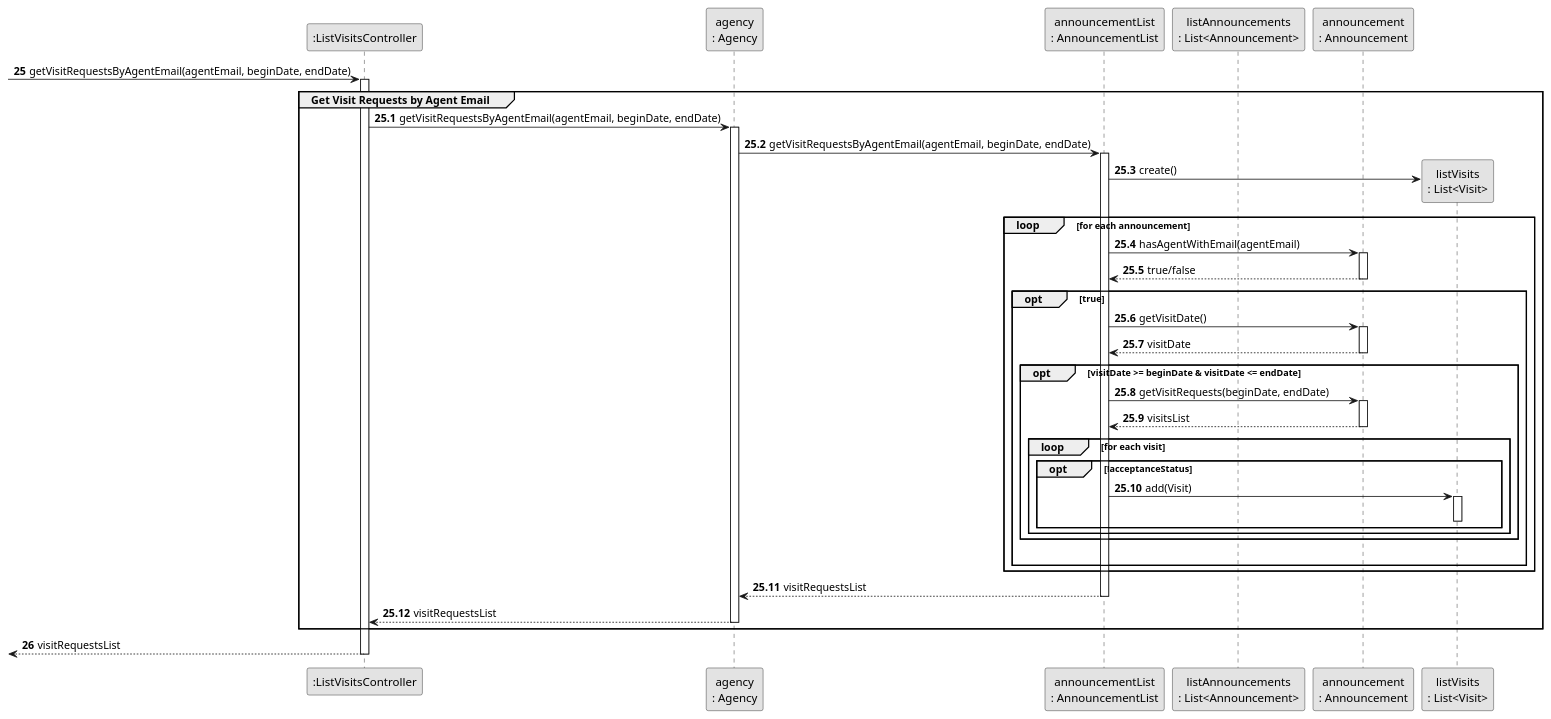
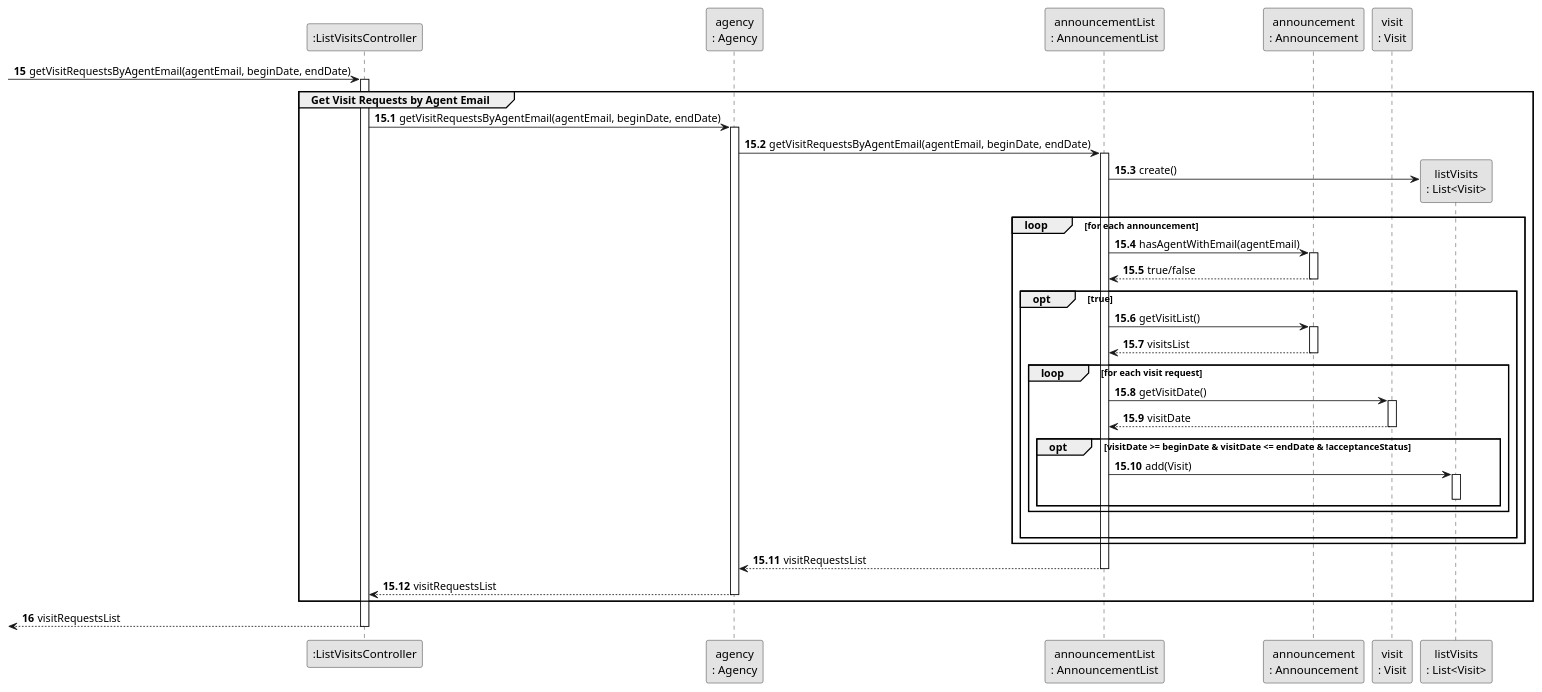
The diagram in docs/sprintD/us015/03.design/puml/us015-sequence-diagram-partial-get-visit-requests-by-agent-email.puml (rita-barbosa/LAPR2-2223), drawn with PlantUML before and after one commit. The commit also changed 9 other files, not shown here.

Commit message:
Update Sequence Diagram (all) & Class Diagram + SVG's [US015][Design]

```diff
--- a/docs/sprintD/us015/03.design/puml/us015-sequence-diagram-partial-get-visit-requests-by-agent-email.puml
+++ b/docs/sprintD/us015/03.design/puml/us015-sequence-diagram-partial-get-visit-requests-by-agent-email.puml
@@ -1,84 +1,83 @@
 @startuml
 skinparam monochrome true
 skinparam packageStyle rectangle
 skinparam shadowing false
 
 autonumber
 
 
 participant ":ListVisitsController" as CTRL
 participant "agency\n: Agency" as AGENCY
 participant "announcementList\n: AnnouncementList" as AnnList
-participant "listAnnouncements\n: List<Announcement>" as AnnounceList
 participant "announcement\n: Announcement" as Announce
+participant "visit\n: Visit" as Visit
 participant "listVisits\n: List<Visit>" as VisitList
 
-autonumber 25
+autonumber 15
 
  -> CTRL : getVisitRequestsByAgentEmail(agentEmail, beginDate, endDate)
-autonumber 25.1
+autonumber 15.1
 activate CTRL
     group Get Visit Requests by Agent Email
 
 
             CTRL -> AGENCY: getVisitRequestsByAgentEmail(agentEmail, beginDate, endDate)
                     activate AGENCY
 
 
                     AGENCY -> AnnList : getVisitRequestsByAgentEmail(agentEmail, beginDate, endDate)
                          activate AnnList
 
                          AnnList -> VisitList**: create()
 
 
                          loop for each announcement
-                         AnnList -> Announce : hasAgentWithEmail(agentEmail)
-                         activate Announce
+                          AnnList -> Announce : hasAgentWithEmail(agentEmail)
+                          activate Announce
 
-                         Announce --> AnnList : true/false
-                         deactivate Announce
+                          Announce --> AnnList : true/false
+                          deactivate Announce
 
-                             opt true
-                             AnnList -> Announce : getVisitDate()
-                             activate Announce
+                              opt true
+                              AnnList -> Announce : getVisitList()
+                              activate Announce
 
-                             Announce --> AnnList : visitDate
-                             deactivate Announce
+                              Announce --> AnnList : visitsList
+                              deactivate Announce
 
+                              loop for each visit request
 
-                             opt visitDate >= beginDate & visitDate <= endDate
-                                AnnList -> Announce : getVisitRequests(beginDate, endDate)
-                                activate Announce
-                                Announce --> AnnList: visitsList
-                                deactivate Announce
+                              AnnList -> Visit : getVisitDate()
+                              activate Visit
 
+                              Visit --> AnnList : visitDate
+                              deactivate Visit
 
-                                loop for each visit
-                                    opt !acceptanceStatus
-                                       AnnList -> VisitList : add(Visit)
-            '                            AnnList -> VisitList : add(Visit, Location)
-                                        activate VisitList
-                                        deactivate VisitList
-                                    end opt
-                                end loop
-                            end opt
+                              opt visitDate >= beginDate & visitDate <= endDate & !acceptanceStatus
 
-                             |||
+                                        AnnList -> VisitList : add(Visit)
+                                         activate VisitList
+                                         deactivate VisitList
+
+                                 end loop
                              end opt
-                         end loop
+
+                              |||
+                              end opt
+                          end loop
 
                          AnnList --> AGENCY : visitRequestsList
                          deactivate AnnList
 
 
                     AGENCY --> CTRL : visitRequestsList
                     deactivate AGENCY
 
 
     end
-    autonumber 26
+    autonumber 16
     <-- CTRL  :  visitRequestsList
 deactivate CTRL
 
 
 @enduml
```
